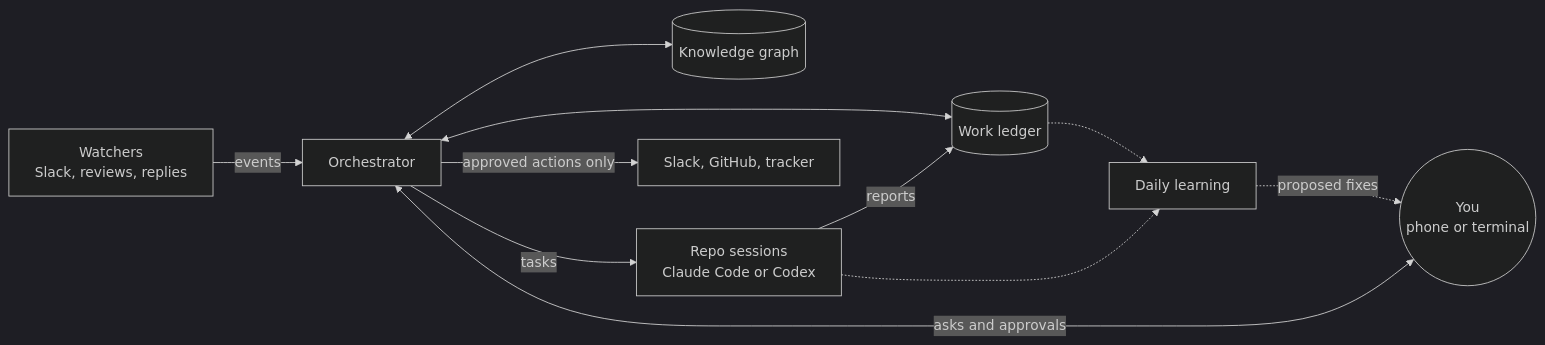
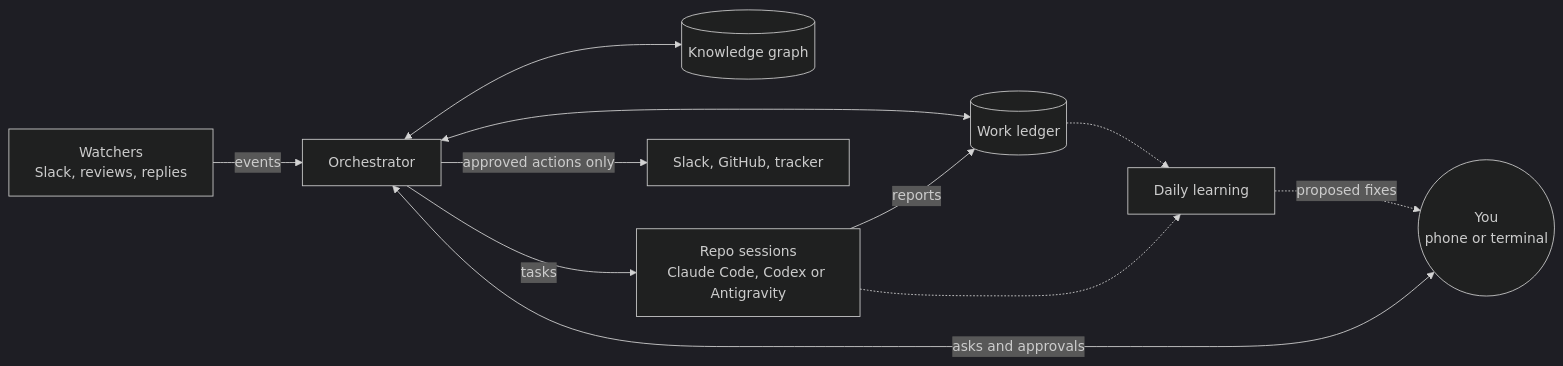
Before and after one commit to promptromp/bosun: the diagram in README.md, drawn with Mermaid (dark theme). The commit also changed other lines of this file and 88 other files, not shown here.

First line of the commit message:
Repo windows on Antigravity (agy), as a preview (#37)

````diff
--- a/README.md
+++ b/README.md
@@ -42,13 +42,13 @@
 ```mermaid
 flowchart LR
   watchers["Watchers<br/>Slack, reviews, replies"] -->|events| orch
   you(("You<br/>phone or terminal")) <-->|"asks and approvals"| orch["Orchestrator"]
   orch <--> ledger[("Work ledger")]
   orch <--> kg[("Knowledge graph")]
-  orch -->|tasks| repos["Repo sessions<br/>Claude Code or Codex"]
+  orch -->|tasks| repos["Repo sessions<br/>Claude Code, Codex or Antigravity"]
   repos -->|reports| ledger
   orch -->|"approved actions only"| world["Slack, GitHub, tracker"]
   ledger -.-> learn["Daily learning"]
   repos -.-> learn
   learn -.->|"proposed fixes"| you
 ```
````
